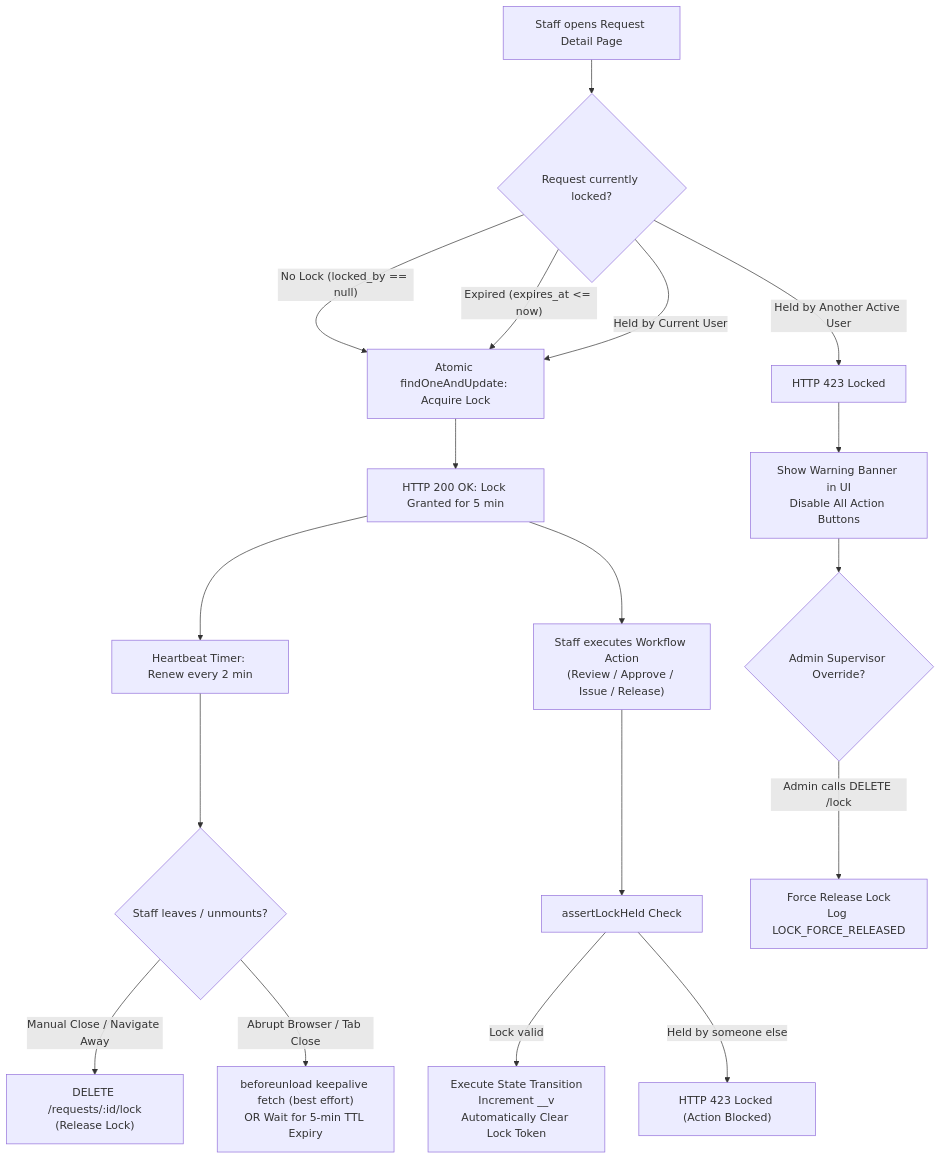
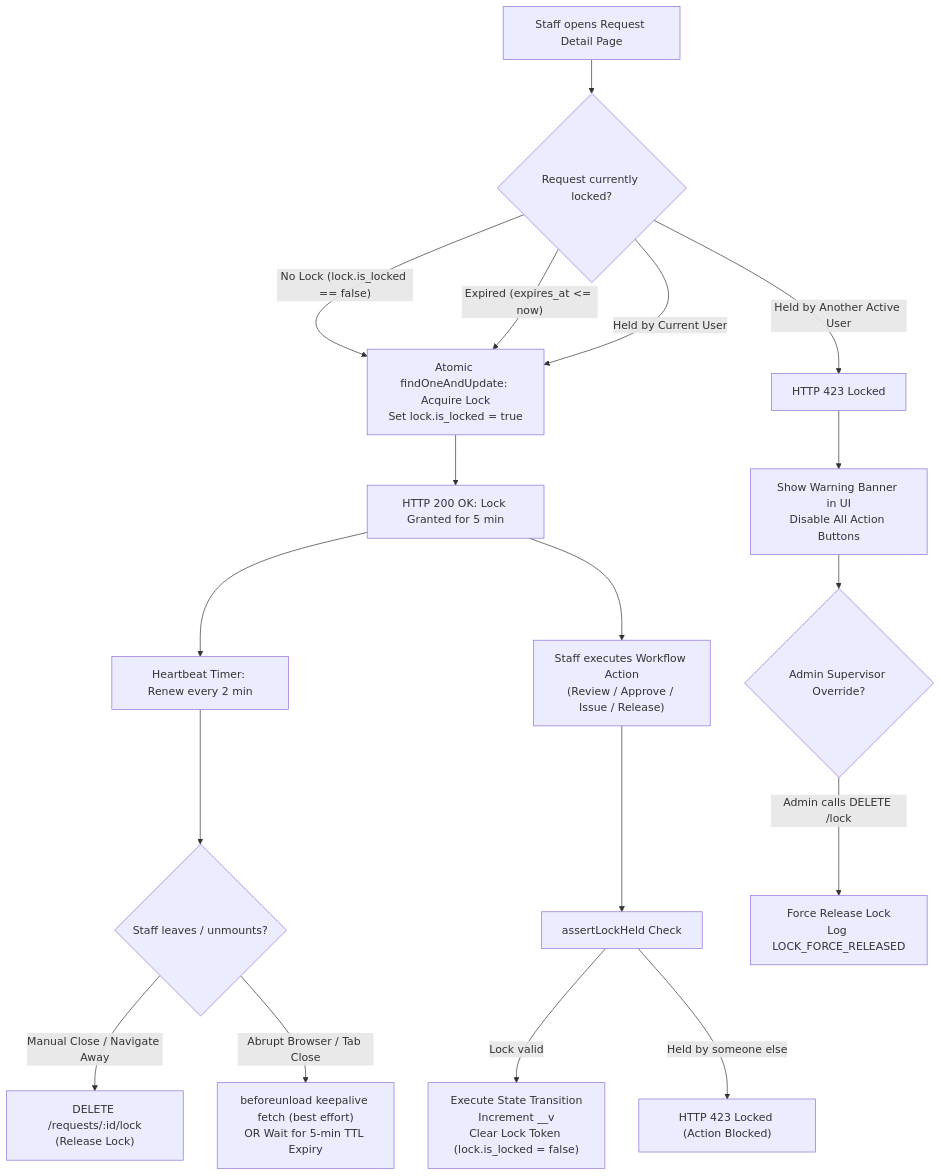
The diagram in docs/CONCURRENCY_CONTROL.md (RickCashew19/QuickFile), drawn with Mermaid before and after one commit. The commit also changed other lines of this file and 1 other file, not shown here.

Commit message:
docs: update global concurrency guide for Atlas and is_locked mirror

````diff
--- a/docs/CONCURRENCY_CONTROL.md
+++ b/docs/CONCURRENCY_CONTROL.md
@@ -109,26 +120,26 @@
 ```mermaid
 flowchart TD
     A["Staff opens Request Detail Page"] --> B{"Request currently locked?"}
     
-    B -- "No Lock (locked_by == null)" --> C["Atomic findOneAndUpdate: Acquire Lock"]
+    B -- "No Lock (lock.is_locked == false)" --> C["Atomic findOneAndUpdate: Acquire Lock<br/>Set lock.is_locked = true"]
     B -- "Expired (expires_at <= now)" --> C
     B -- "Held by Current User" --> C
     B -- "Held by Another Active User" --> D["HTTP 423 Locked"]
     
     C --> E["HTTP 200 OK: Lock Granted for 5 min"]
     D --> F["Show Warning Banner in UI<br/>Disable All Action Buttons"]
     
     E --> G["Heartbeat Timer: Renew every 2 min"]
     G --> H{"Staff leaves / unmounts?"}
     
     H -- "Manual Close / Navigate Away" --> I["DELETE /requests/:id/lock<br/>(Release Lock)"]
     H -- "Abrupt Browser / Tab Close" --> J["beforeunload keepalive fetch (best effort)<br/>OR Wait for 5-min TTL Expiry"]
     
     E --> K["Staff executes Workflow Action<br/>(Review / Approve / Issue / Release)"]
     K --> L["assertLockHeld Check"]
-    L -- "Lock valid" --> M["Execute State Transition<br/>Increment __v<br/>Automatically Clear Lock Token"]
+    L -- "Lock valid" --> M["Execute State Transition<br/>Increment __v<br/>Clear Lock Token (lock.is_locked = false)"]
     L -- "Held by someone else" --> N["HTTP 423 Locked (Action Blocked)"]
     
     F --> O{"Admin Supervisor Override?"}
     O -- "Admin calls DELETE /lock" --> P["Force Release Lock<br/>Log LOCK_FORCE_RELEASED"]
 ```
````
